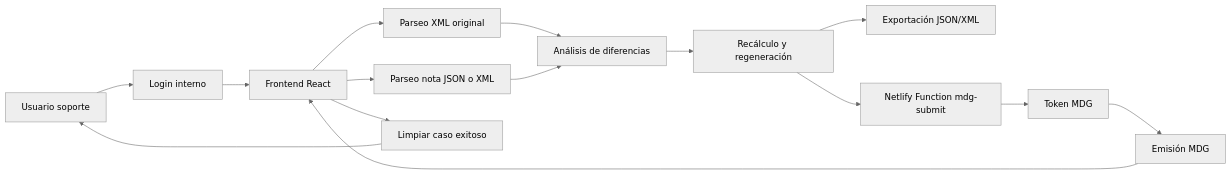
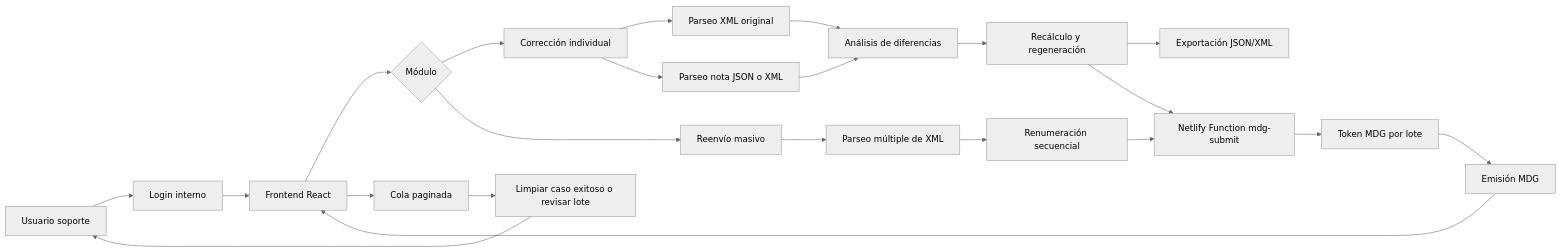
Before and after one commit to hioposcr/hioposutil: the first of 5 diagrams in README.md, drawn with Mermaid (neutral theme). The commit also changed other lines of this file and 1 other file, not shown here.

````diff
--- a/README.md
+++ b/README.md
@@ -45,17 +51,24 @@
 ```mermaid
 flowchart LR
     U[Usuario soporte] --> L[Login interno]
     L --> FE[Frontend React]
-    FE --> P1[Parseo XML original]
-    FE --> P2[Parseo nota JSON o XML]
+    FE --> M{Módulo}
+    M --> S1[Corrección individual]
+    M --> S2[Reenvío masivo]
+    S1 --> P1[Parseo XML original]
+    S1 --> P2[Parseo nota JSON o XML]
     P1 --> A[Análisis de diferencias]
     P2 --> A
     A --> R[Recálculo y regeneración]
     R --> X[Exportación JSON/XML]
     R --> NF[Netlify Function mdg-submit]
-    NF --> T[Token MDG]
+    S2 --> B1[Parseo múltiple de XML]
+    B1 --> B2[Renumeración secuencial]
+    B2 --> NF
+    NF --> T[Token MDG por lote]
     T --> E[Emisión MDG]
     E --> FE
-    FE --> C[Limpiar caso exitoso]
+    FE --> Q[Cola paginada]
+    Q --> C[Limpiar caso exitoso o revisar lote]
     C --> U
 ```
````
